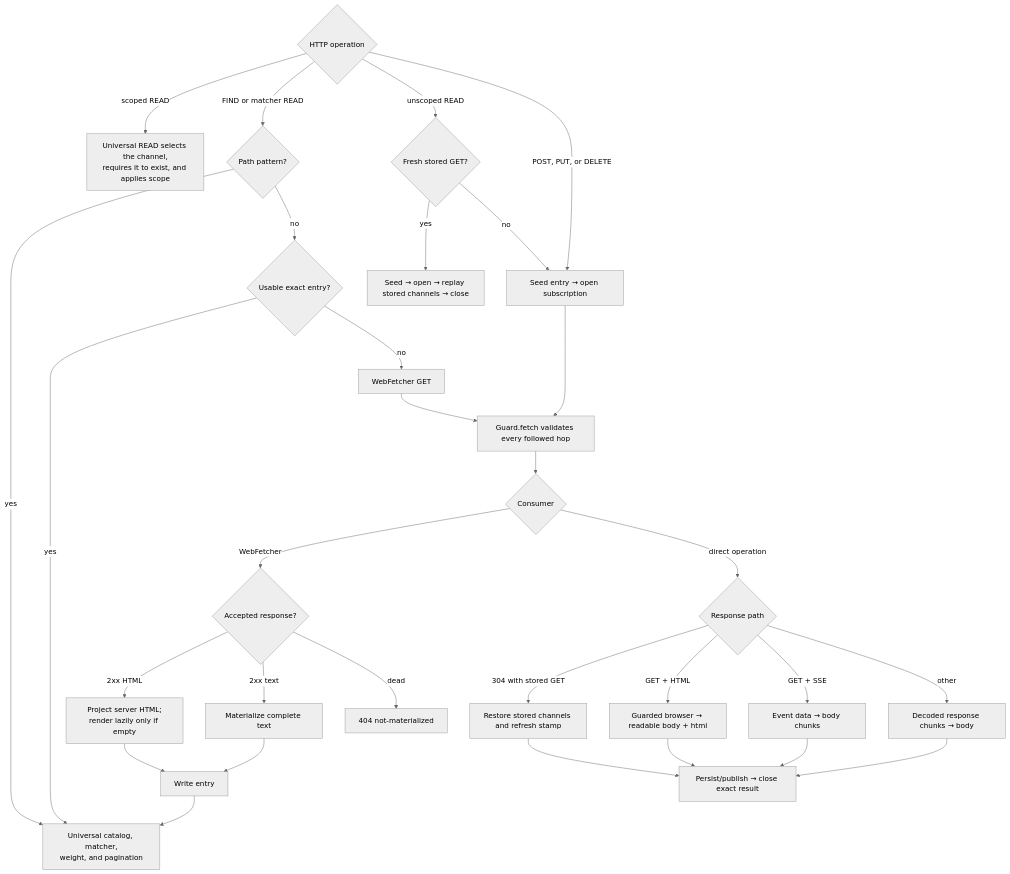
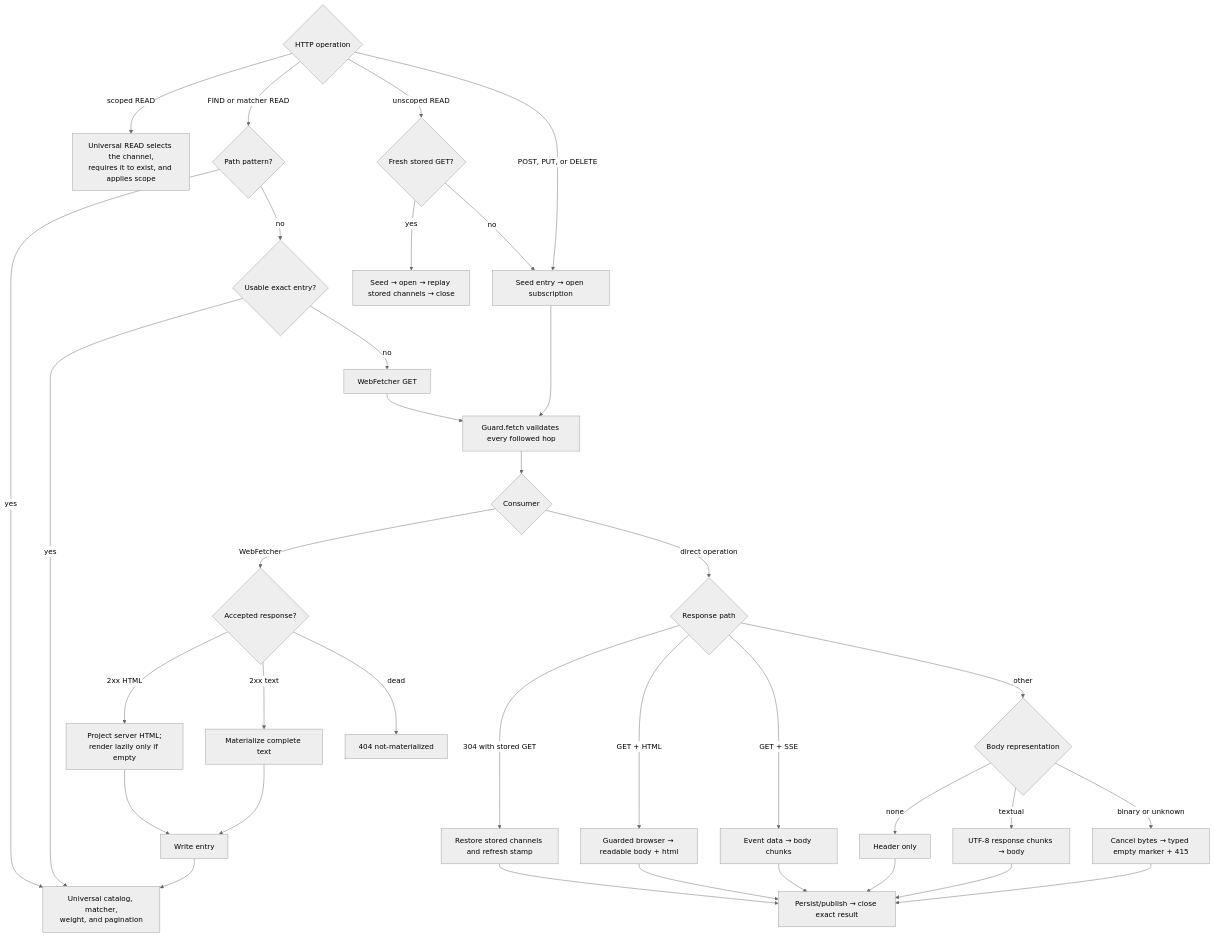
One commit to plurnk/plurnk-service changed the first of 2 diagrams in plurnk-schemes-http/SPEC.md. Above: the diagram before and after it, drawn with Mermaid (neutral theme). The commit also changed other lines of this file and 7 other files, not shown here.

Commit message:
fix(http): refuse binary response decoding (#122)

````diff
--- a/plurnk-schemes-http/SPEC.md
+++ b/plurnk-schemes-http/SPEC.md
@@ -59,39 +59,44 @@
 ```mermaid
 flowchart TD
     op{"HTTP operation"}
 
     op -->|scoped READ| selected["Universal READ selects the channel,<br/>requires it to exist, and applies scope"]
 
     op -->|FIND or matcher READ| pattern{"Path pattern?"}
     pattern -->|yes| query["Universal catalog, matcher,<br/>weight, and pagination"]
     pattern -->|no| usable{"Usable exact entry?"}
     usable -->|yes| query
     usable -->|no| prefetch["WebFetcher GET"]
 
     op -->|unscoped READ| fresh{"Fresh stored GET?"}
     fresh -->|yes| replay["Seed → open → replay stored channels → close"]
     fresh -->|no| stream["Seed entry → open subscription"]
     op -->|POST, PUT, or DELETE| stream
 
     prefetch --> guard["Guard.fetch validates every followed hop"]
     stream --> guard
     guard --> owner{"Consumer"}
 
     owner -->|WebFetcher| prefetchType{"Accepted response?"}
     prefetchType -->|2xx HTML| prefetchHtml["Project server HTML;<br/>render lazily only if empty"]
     prefetchType -->|2xx text| prefetchText["Materialize complete text"]
     prefetchType -->|dead| dead["404 not-materialized"]
     prefetchHtml --> materialize["Write entry"]
     prefetchText --> materialize
     materialize --> query
 
     owner -->|direct operation| response{"Response path"}
     response -->|304 with stored GET| restore["Restore stored channels and refresh stamp"]
     response -->|GET + HTML| render["Guarded browser → readable body + html"]
     response -->|GET + SSE| events["Event data → body chunks"]
-    response -->|other| bytes["Decoded response chunks → body"]
+    response -->|other| representation{"Body representation"}
+    representation -->|none| empty["Header only"]
+    representation -->|textual| text["UTF-8 response chunks → body"]
+    representation -->|binary or unknown| binary["Cancel bytes → typed empty marker + 415"]
     restore --> close["Persist/publish → close exact result"]
     render --> close
     events --> close
-    bytes --> close
+    empty --> close
+    text --> close
+    binary --> close
 ```
````
